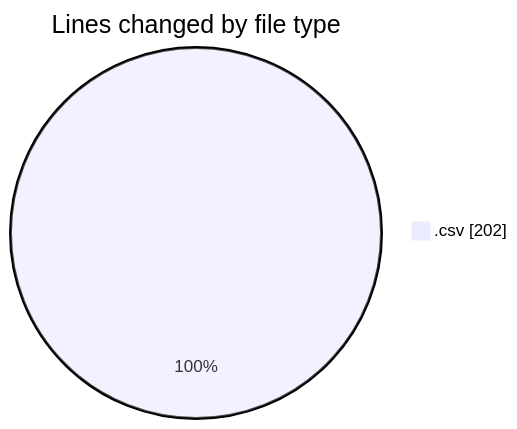
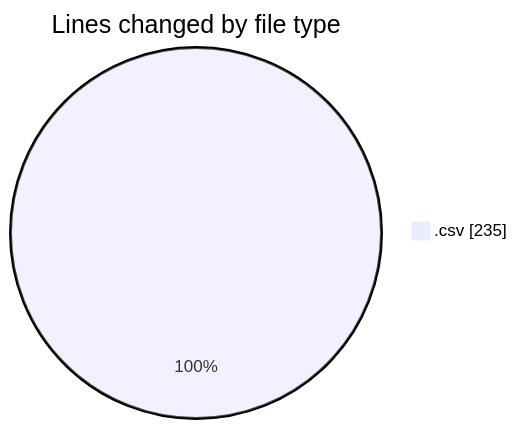
Before and after one commit to EIIisD/code-tracking: the first of 2 diagrams in 2025-08-11/universal-credit/README.md, drawn with Mermaid. The commit also changed other lines of this file and 1 other file, not shown here.

````diff
--- a/2025-08-11/universal-credit/README.md
+++ b/2025-08-11/universal-credit/README.md
@@ -23,5 +24,5 @@
 ```mermaid
 pie showData
 title Lines changed by file type
-".csv" : 202
+".csv" : 235
 ```
````
